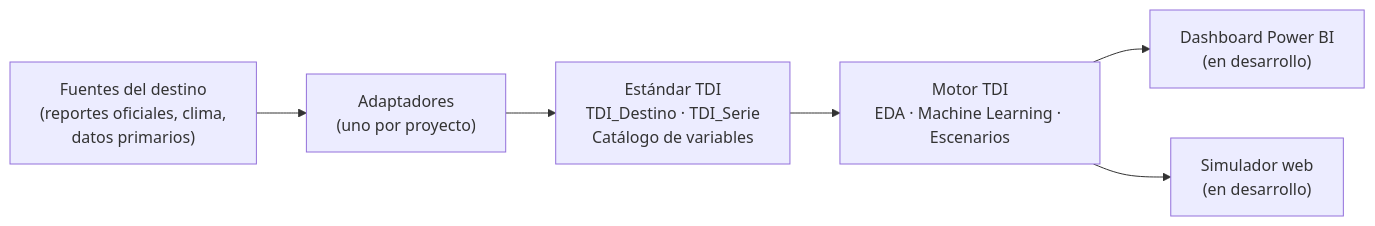
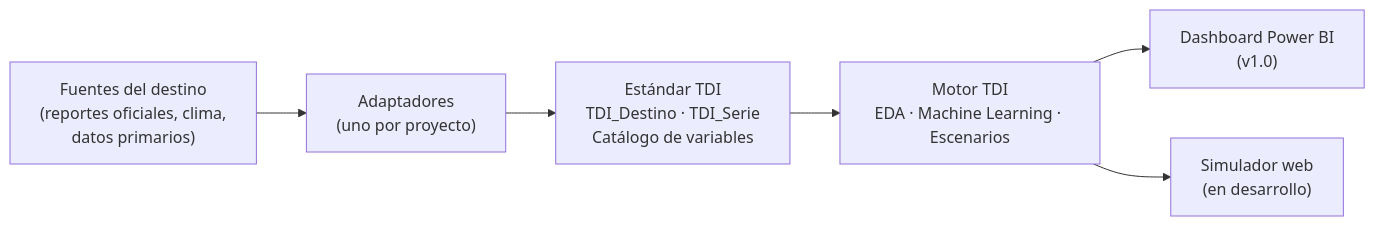
One commit to VictorHugoVillegasRios/tdi-showcase changed the first of 2 diagrams in README.md. Above: the diagram before and after it, drawn with Mermaid. The commit also changed other lines of this file and 10 other files, not shown here.

Commit message:
docs: sección Dashboard Power BI (v1.0)

````diff
--- a/README.md
+++ b/README.md
@@ -22,8 +22,8 @@
 ```mermaid
 flowchart LR
     F["Fuentes del destino<br/>(reportes oficiales, clima,<br/>datos primarios)"] --> A["Adaptadores<br/>(uno por proyecto)"]
     A --> E["Estándar TDI<br/>TDI_Destino · TDI_Serie<br/>Catálogo de variables"]
     E --> M["Motor TDI<br/>EDA · Machine Learning · Escenarios"]
-    M --> P["Dashboard Power BI<br/>(en desarrollo)"]
+    M --> P["Dashboard Power BI<br/>(v1.0)"]
     M --> S["Simulador web<br/>(en desarrollo)"]
 ```
````
